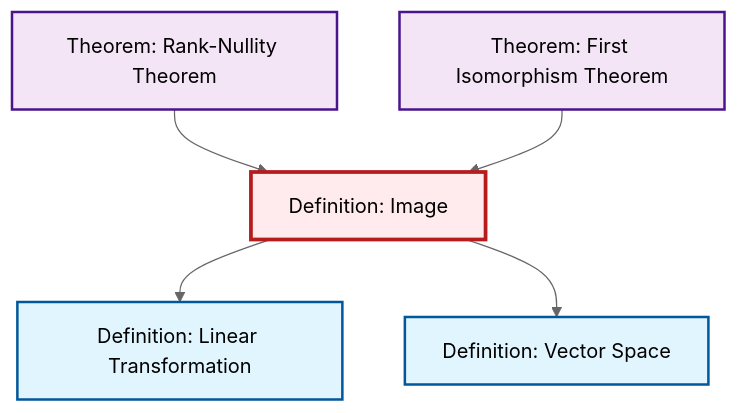
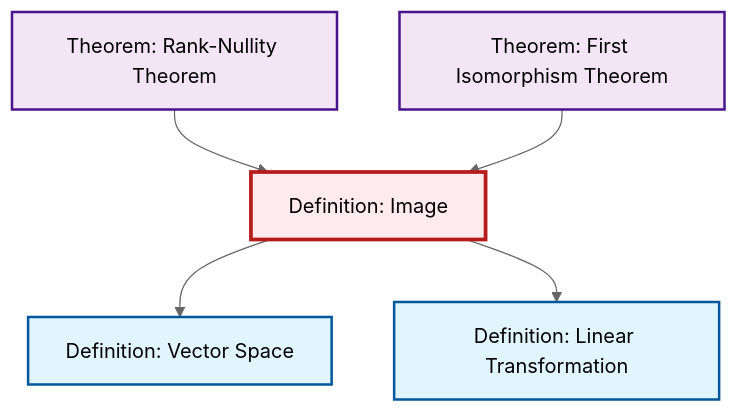
The diagram in content/en/algebra/def-image.qmd (RK0429/ModernMath), drawn with Mermaid (neutral theme) before and after one commit. The commit also changed other lines of this file and 491 other files, not shown here.

````diff
--- a/content/en/algebra/def-image.qmd
+++ b/content/en/algebra/def-image.qmd
@@ -51,23 +51,23 @@
 ```{mermaid}
 %%| fig-cap: "Local dependency graph"
 graph TD
     classDef definition fill:#e1f5fe,stroke:#01579b,stroke-width:2px
     classDef theorem fill:#f3e5f5,stroke:#4a148c,stroke-width:2px
     classDef axiom fill:#fff3e0,stroke:#e65100,stroke-width:2px
     classDef example fill:#e8f5e9,stroke:#1b5e20,stroke-width:2px
     classDef current fill:#ffebee,stroke:#b71c1c,stroke-width:3px
     thm-first-isomorphism["Theorem: First Isomorphism Theorem"]:::theorem
+    def-linear-transformation["Definition: Linear Transformation"]:::definition
+    def-vector-space["Definition: Vector Space"]:::definition
+    thm-rank-nullity["Theorem: Rank-Nullity Theorem"]:::theorem
     def-image["Definition: Image"]:::definition
-    def-linear-transformation["Definition: Linear Transformation"]:::definition
-    thm-rank-nullity["Theorem: Rank-Nullity Theorem"]:::theorem
-    def-vector-space["Definition: Vector Space"]:::definition
+    def-image --> def-vector-space
+    def-image --> def-linear-transformation
     thm-rank-nullity --> def-image
-    def-image --> def-linear-transformation
     thm-first-isomorphism --> def-image
-    def-image --> def-vector-space
     class def-image current
     click thm-first-isomorphism "thm-first-isomorphism.html" "Go to First Isomorphism Theorem theorem"
     click def-linear-transformation "def-linear-transformation.html" "Go to Linear Transformation definition"
+    click def-vector-space "def-vector-space.html" "Go to Vector Space definition"
     click thm-rank-nullity "thm-rank-nullity.html" "Go to Rank-Nullity Theorem theorem"
-    click def-vector-space "def-vector-space.html" "Go to Vector Space definition"
 ```
````
